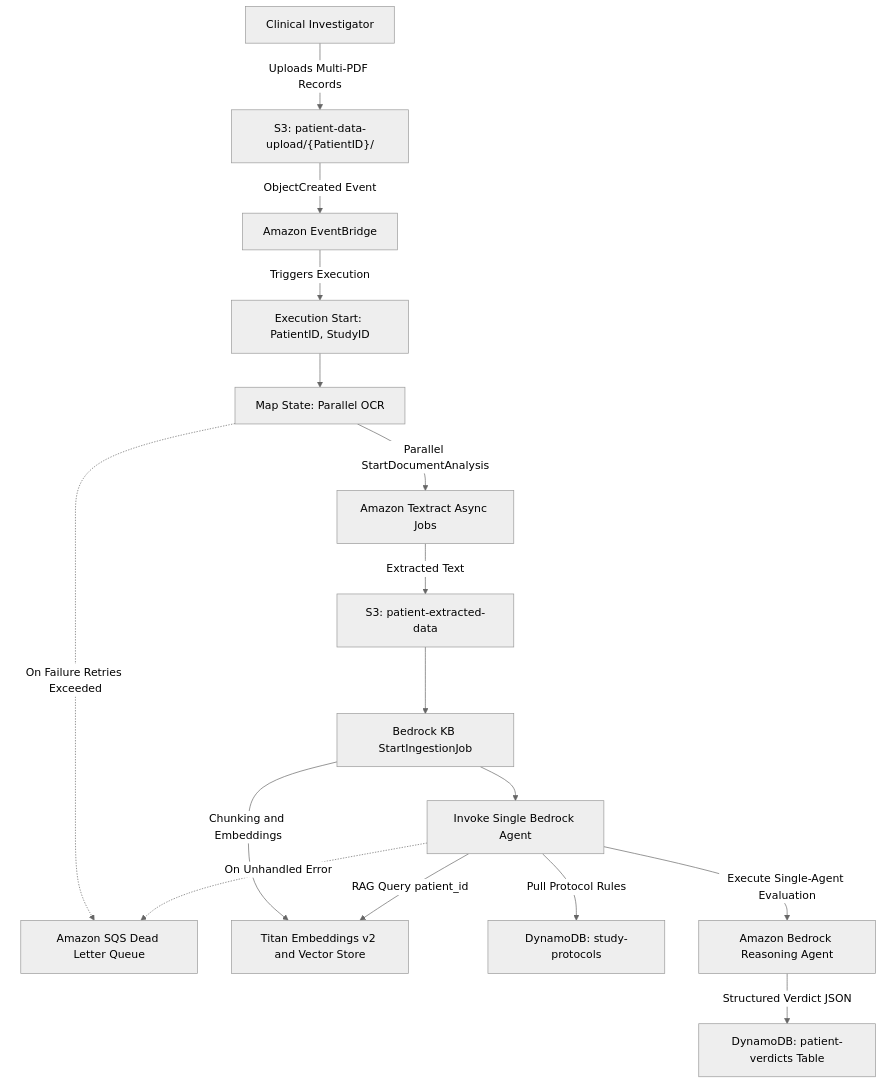
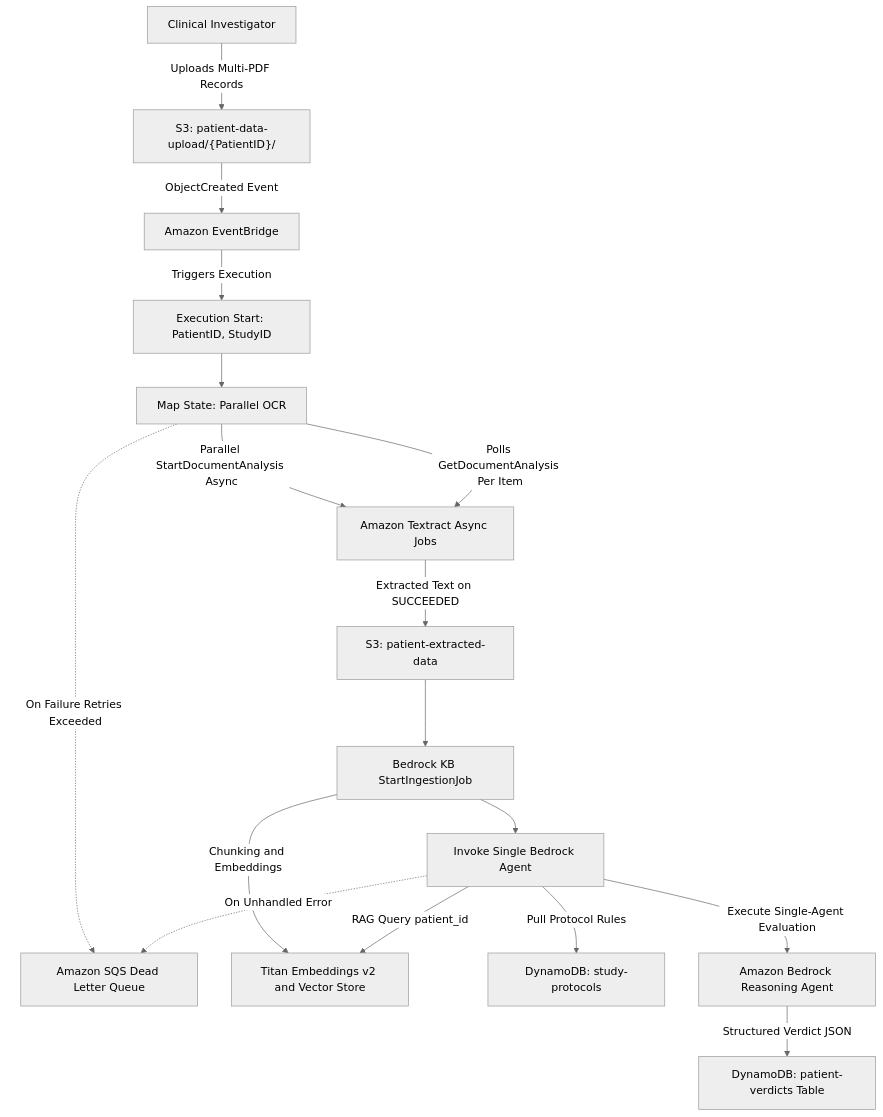
The fourth of 6 diagrams in Architecture.md (skarj/aws-solution-medical-agent), drawn with Mermaid (neutral theme) before and after one commit. The commit also changed other lines of this file and 5 other files, not shown here.

````diff
--- a/Architecture.md
+++ b/Architecture.md
@@ -107,33 +110,34 @@
 ```mermaid
 graph TD
     CLINICIAN["Clinical Investigator"]
     S3_PATIENT["S3: patient-data-upload/{PatientID}/"]
     EV_BRIDGE["Amazon EventBridge"]
     SFN_START["Execution Start: PatientID, StudyID"]
     MAP_OCR["Map State: Parallel OCR"]
     S3_EXTRACT["S3: patient-extracted-data"]
     KB_INGEST["Bedrock KB StartIngestionJob"]
     INVOKE_AGENT["Invoke Single Bedrock Agent"]
     SQS_DLQ["Amazon SQS Dead Letter Queue"]
     TEXTRACT_ASYNC["Amazon Textract Async Jobs"]
     TITAN_EMB["Titan Embeddings v2 and Vector Store"]
     DDB_PROTO["DynamoDB: study-protocols"]
     BEDROCK_AGENT["Amazon Bedrock Reasoning Agent"]
     DDB_VERDICT["DynamoDB: patient-verdicts Table"]
 
     CLINICIAN -->|"Uploads Multi-PDF Records"| S3_PATIENT
     S3_PATIENT -->|"ObjectCreated Event"| EV_BRIDGE
     EV_BRIDGE -->|"Triggers Execution"| SFN_START
     SFN_START --> MAP_OCR
-    MAP_OCR -->|"Parallel StartDocumentAnalysis"| TEXTRACT_ASYNC
-    TEXTRACT_ASYNC -->|"Extracted Text"| S3_EXTRACT
+    MAP_OCR -->|"Parallel StartDocumentAnalysis Async"| TEXTRACT_ASYNC
+    MAP_OCR -->|"Polls GetDocumentAnalysis Per Item"| TEXTRACT_ASYNC
+    TEXTRACT_ASYNC -->|"Extracted Text on SUCCEEDED"| S3_EXTRACT
     S3_EXTRACT --> KB_INGEST
     KB_INGEST -->|"Chunking and Embeddings"| TITAN_EMB
     KB_INGEST --> INVOKE_AGENT
     INVOKE_AGENT -->|"Pull Protocol Rules"| DDB_PROTO
     INVOKE_AGENT -->|"RAG Query patient_id"| TITAN_EMB
     INVOKE_AGENT -->|"Execute Single-Agent Evaluation"| BEDROCK_AGENT
     BEDROCK_AGENT -->|"Structured Verdict JSON"| DDB_VERDICT
     MAP_OCR -.->|"On Failure Retries Exceeded"| SQS_DLQ
     INVOKE_AGENT -.->|"On Unhandled Error"| SQS_DLQ
 ```
````
